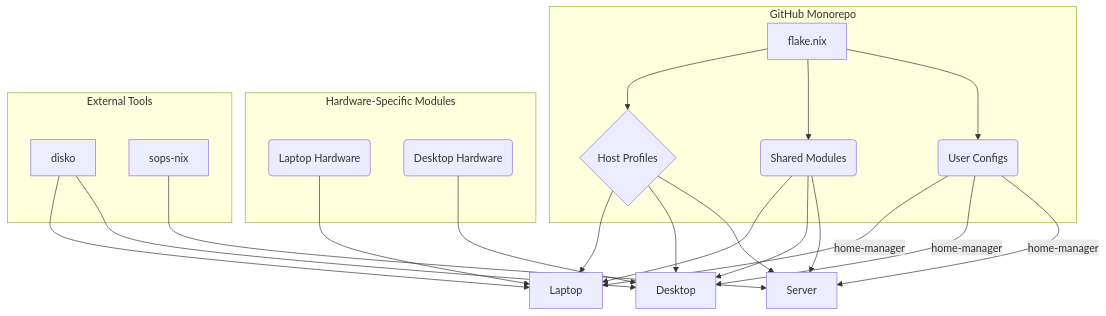
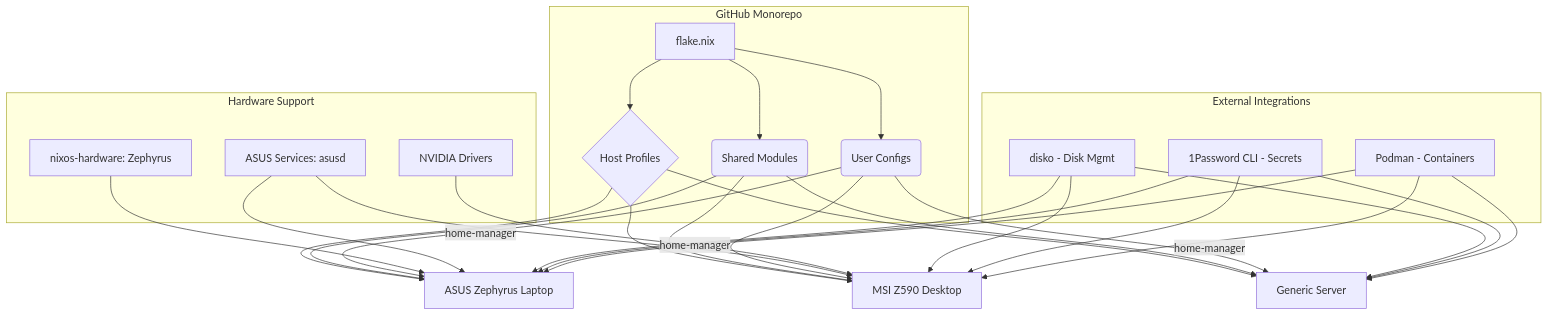
Before and after one commit to hbohlen/hbohlen-io: the first of 5 diagrams in docs/architecture.md, drawn with Mermaid. The commit also changed other lines of this file and 20 other files, not shown here.

First line of the commit message:
Refactor NixOS architecture documentation and workflows

````diff
--- a/docs/architecture.md
+++ b/docs/architecture.md
@@ -31,37 +40,47 @@
 ```mermaid
 graph TD
     subgraph "GitHub Monorepo"
         A[flake.nix] --> B{Host Profiles}
         A --> C(Shared Modules)
         A --> D(User Configs)
     end
 
-    B --> B1[Laptop]
-    B --> B2[Desktop]
-    B --> B3[Server]
+    B --> B1[ASUS Zephyrus Laptop]
+    B --> B2[MSI Z590 Desktop]
+    B --> B3[Generic Server]
 
     C --> B1
     C --> B2
     C --> B3
 
     D -- home-manager --> B1
     D -- home-manager --> B2
     D -- home-manager --> B3
 
-    subgraph "Hardware-Specific Modules"
-        H1(Laptop Hardware)
-        H2(Desktop Hardware)
+    subgraph "Hardware Support"
+        H1[nixos-hardware: Zephyrus]
+        H2[ASUS Services: asusd]
+        H3[NVIDIA Drivers]
     end
 
     H1 --> B1
+    H2 --> B1
     H2 --> B2
+    H3 --> B2
 
-    subgraph "External Tools"
-        T1[disko]
-        T2[sops-nix]
+    subgraph "External Integrations"
+        T1[disko - Disk Mgmt]
+        T2[1Password CLI - Secrets]
+        T3[Podman - Containers]
     end
 
     T1 --> B1
     T1 --> B2
+    T1 --> B3
+    T2 --> B1
+    T2 --> B2
     T2 --> B3
+    T3 --> B1
+    T3 --> B2
+    T3 --> B3
 ```
````
